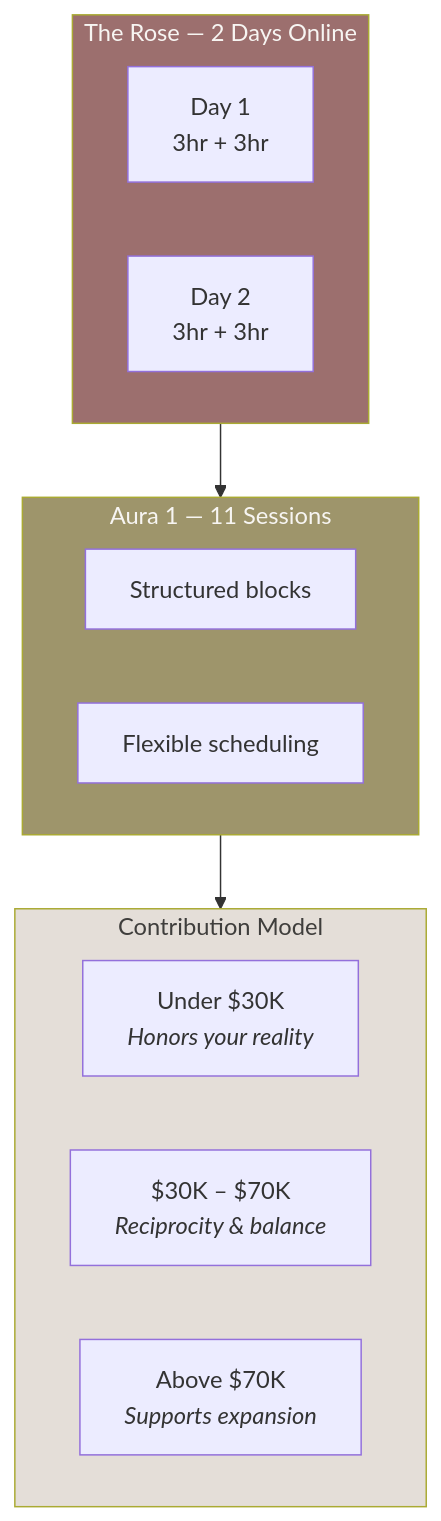
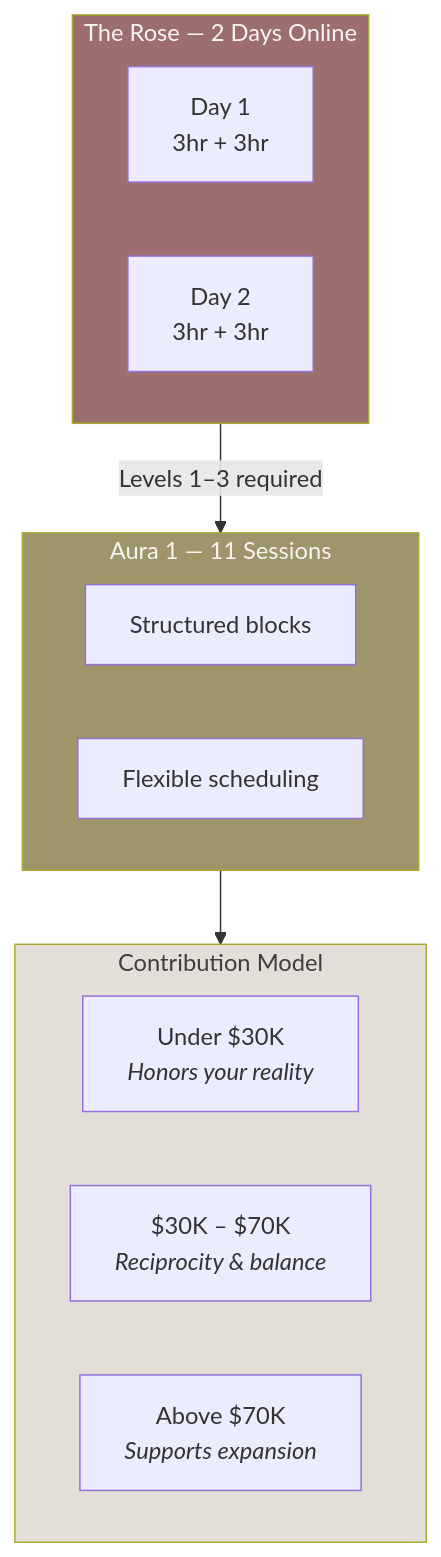
Before and after one commit to Light-Brands/roses-os: diagram 21 of 28 in docs/brand-dna.md, drawn with Mermaid. The commit also changed other lines of this file and 1 other file, not shown here.

First line of the commit message:
Fix Aura 1 prerequisite: requires Levels 1-3 completion, not Level 1

````diff
--- a/docs/brand-dna.md
+++ b/docs/brand-dna.md
@@ -1162,25 +1162,25 @@
 ```mermaid
 graph TD
     subgraph ROSE_COURSE["The Rose — 2 Days Online"]
         D1["Day 1<br/>3hr + 3hr"]
         D2["Day 2<br/>3hr + 3hr"]
     end
 
     subgraph AURA_COURSE["Aura 1 — 11 Sessions"]
         S1["Structured blocks"]
         S2["Flexible scheduling"]
     end
 
     subgraph CONTRIBUTION["Contribution Model"]
         T1["Under $30K<br/><i>Honors your reality</i>"]
         T2["$30K – $70K<br/><i>Reciprocity & balance</i>"]
         T3["Above $70K<br/><i>Supports expansion</i>"]
     end
 
-    ROSE_COURSE --> AURA_COURSE
+    ROSE_COURSE -->|"Levels 1–3 required"| AURA_COURSE
     AURA_COURSE --> CONTRIBUTION
 
     style ROSE_COURSE fill:#9C6F6E,color:#F7F5F2
     style AURA_COURSE fill:#9E956B,color:#F7F5F2
     style CONTRIBUTION fill:#E4DED8,color:#3F3E3C
 ```
````
